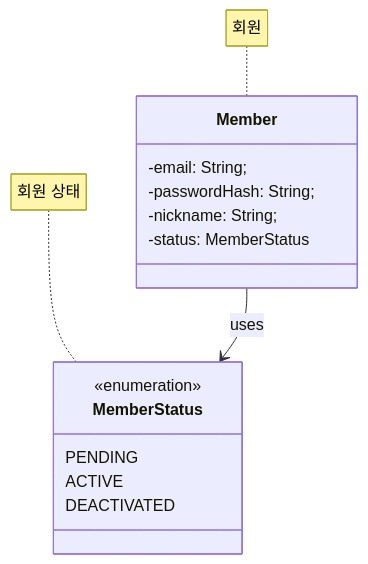
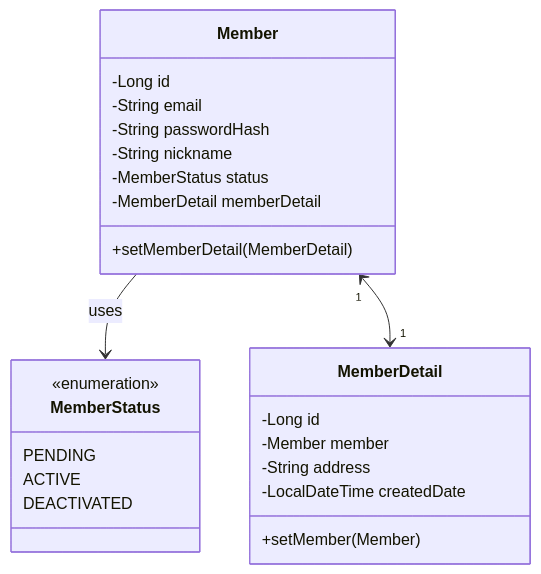
One commit to bob-park/study-splearn changed the diagram in docs/domain/members/entities.md. Above: the diagram before and after it, drawn with Mermaid. The commit also changed other lines of this file and 14 other files, not shown here.

````diff
--- a/docs/domain/members/entities.md
+++ b/docs/domain/members/entities.md
@@ -25,21 +30,31 @@
 ```mermaid
 classDiagram
-    
-    note for MemberStatus "회원 상태"
+    class Member {
+        -Long id 
+        -String email 
+        -String passwordHash 
+        -String nickname 
+        -MemberStatus status 
+        -MemberDetail memberDetail
+        +setMemberDetail(MemberDetail)
+    }
+
+    class MemberDetail {
+        -Long id 
+        -Member member 
+        -String address 
+        -LocalDateTime createdDate 
+        +setMember(Member)
+    }
+
     class MemberStatus {
         <<enumeration>>
         PENDING
         ACTIVE
         DEACTIVATED
     }
 
-    note for Member "회원"
-    class Member {
-        -email: String;
-        -passwordHash: String;
-        -nickname: String;
-        -status: MemberStatus
-    }
+    Member --> MemberStatus: uses
+    Member "1" <--> "1" MemberDetail
 
-    Member --> MemberStatus: uses
 ```
````
